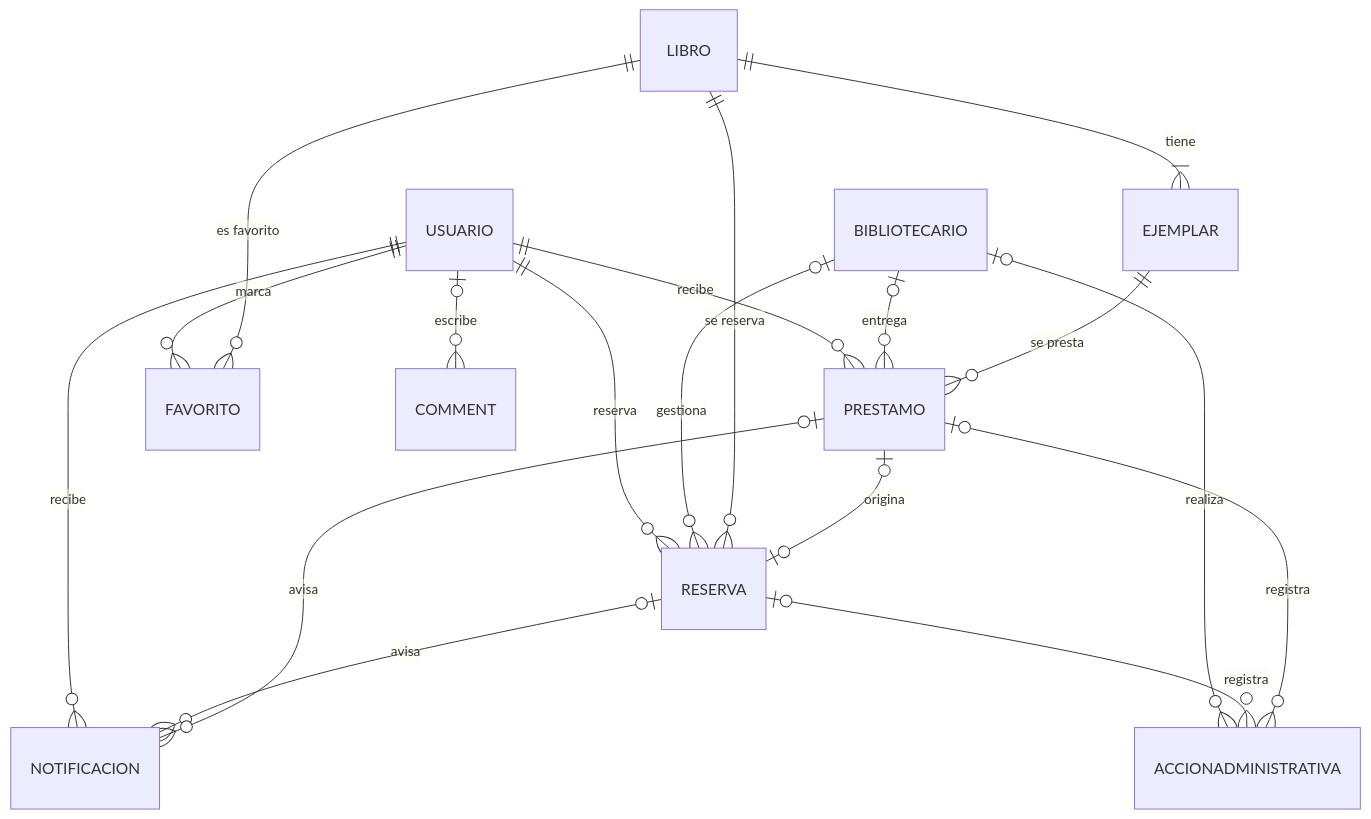
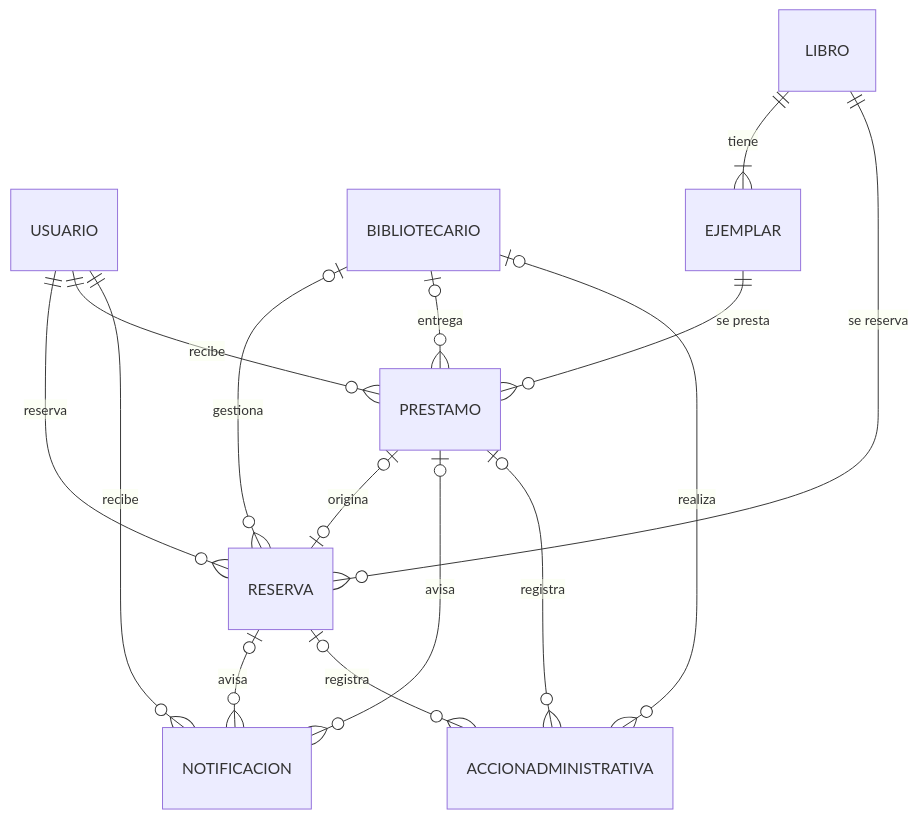
The first of 3 diagrams in docs/MODELO_DATOS.md (nicotambosco/BOOKTRACK-Workspace), drawn with Mermaid before and after one commit. The commit also changed other lines of this file and 8 other files, not shown here.

````diff
--- a/docs/MODELO_DATOS.md
+++ b/docs/MODELO_DATOS.md
@@ -7,20 +7,17 @@
 ```mermaid
 erDiagram
   USUARIO ||--o{ RESERVA : reserva
   USUARIO ||--o{ PRESTAMO : recibe
-  USUARIO ||--o{ FAVORITO : marca
   USUARIO ||--o{ NOTIFICACION : recibe
   BIBLIOTECARIO o|--o{ RESERVA : gestiona
   BIBLIOTECARIO o|--o{ PRESTAMO : entrega
   BIBLIOTECARIO o|--o{ ACCIONADMINISTRATIVA : realiza
   LIBRO ||--|{ EJEMPLAR : tiene
   LIBRO ||--o{ RESERVA : "se reserva"
-  LIBRO ||--o{ FAVORITO : "es favorito"
   EJEMPLAR ||--o{ PRESTAMO : "se presta"
   PRESTAMO o|--o| RESERVA : origina
   RESERVA o|--o{ NOTIFICACION : avisa
   PRESTAMO o|--o{ NOTIFICACION : avisa
   RESERVA o|--o{ ACCIONADMINISTRATIVA : registra
   PRESTAMO o|--o{ ACCIONADMINISTRATIVA : registra
-  USUARIO o|--o{ COMMENT : escribe
 ```
````
